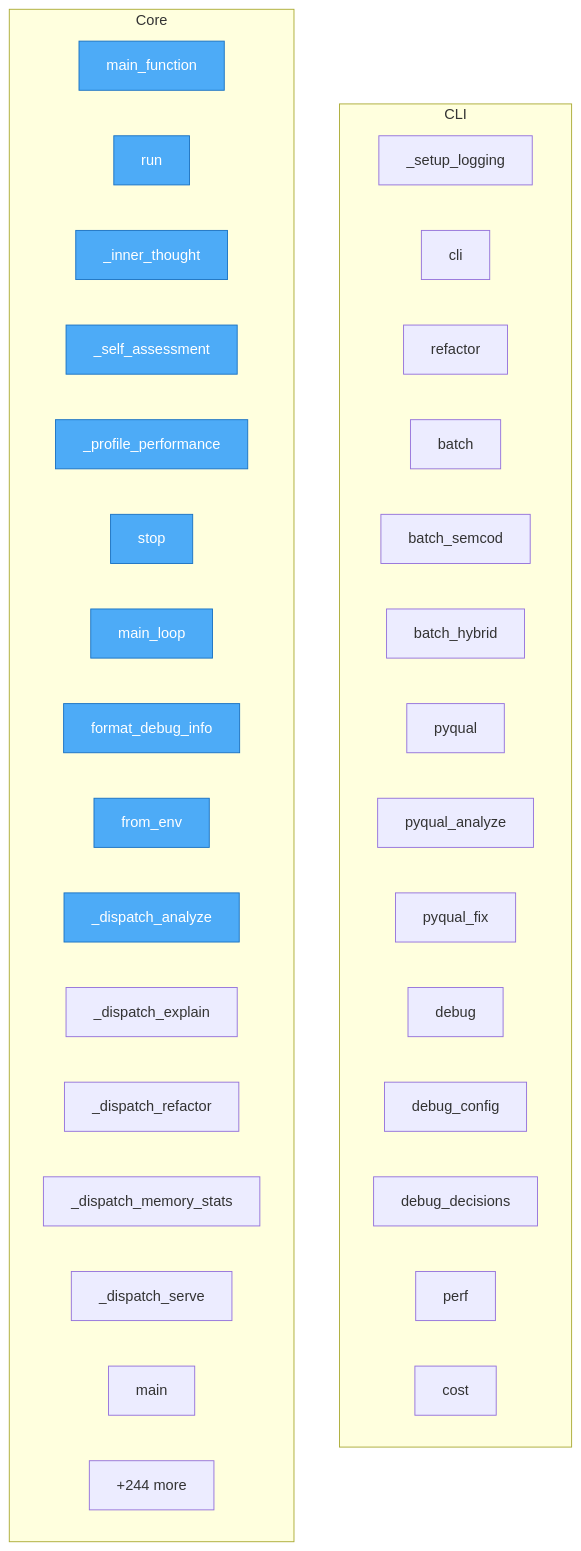
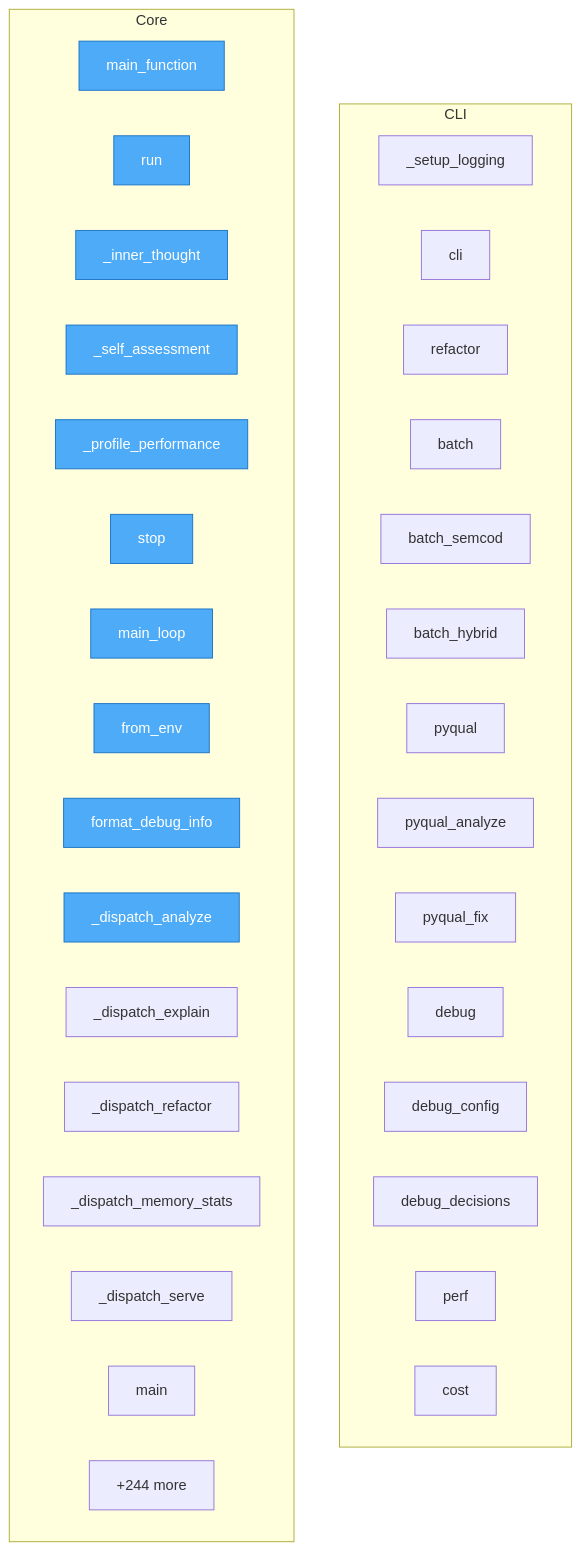
The diagram in project/flow.mmd (wronai/redsl), drawn with Mermaid before and after one commit. The commit also changed 24 other files, not shown here.

```diff
--- a/project/flow.mmd
+++ b/project/flow.mmd
@@ -1,42 +1,42 @@
 flowchart TD
 
     %% Entry points (blue)
     classDef entry fill:#4dabf7,stroke:#1971c2,color:#fff
 
     subgraph CLI
         redsl__cli___setup_logging["_setup_logging"]
         redsl__cli__cli["cli"]
         redsl__cli__refactor["refactor"]
         redsl__cli__batch["batch"]
         redsl__cli__batch_semcod["batch_semcod"]
         redsl__cli__batch_hybrid["batch_hybrid"]
         redsl__cli__pyqual["pyqual"]
         redsl__cli__pyqual_analyze["pyqual_analyze"]
         redsl__cli__pyqual_fix["pyqual_fix"]
         redsl__cli__debug["debug"]
         redsl__cli__debug_config["debug_config"]
         redsl__cli__debug_decisions["debug_decisions"]
         redsl__cli__perf["perf"]
         redsl__cli__cost["cost"]
     end
 
     subgraph Core
         refactor_output__refactor_extract_functions_20260407_143102__00_app__models__main_function["main_function"]
         redsl__consciousness_loop__ConsciousnessLoop__run["run"]
         redsl__consciousness_loop__ConsciousnessLoop___inner_thought["_inner_thought"]
         redsl__consciousness_loop__ConsciousnessLoop___self_assessment["_self_assessment"]
         redsl__consciousness_loop__ConsciousnessLoop___profile_performance["_profile_performance"]
         redsl__consciousness_loop__ConsciousnessLoop__stop["stop"]
         redsl__consciousness_loop__main_loop["main_loop"]
+        redsl__config__AgentConfig__from_env["from_env"]
         redsl__formatters__format_debug_info["format_debug_info"]
-        redsl__config__AgentConfig__from_env["from_env"]
         redsl__main___dispatch_analyze["_dispatch_analyze"]
         redsl__main___dispatch_explain["_dispatch_explain"]
         redsl__main___dispatch_refactor["_dispatch_refactor"]
         redsl__main___dispatch_memory_stats["_dispatch_memory_stats"]
         redsl__main___dispatch_serve["_dispatch_serve"]
         redsl__main__main["main"]
         ...["+244 more"]
     end
 
-    class refactor_output__refactor_extract_functions_20260407_143102__00_app__models__main_function,redsl__consciousness_loop__ConsciousnessLoop__run,redsl__consciousness_loop__ConsciousnessLoop___inner_thought,redsl__consciousness_loop__ConsciousnessLoop___self_assessment,redsl__consciousness_loop__ConsciousnessLoop___profile_performance,redsl__consciousness_loop__ConsciousnessLoop__stop,redsl__consciousness_loop__main_loop,redsl__formatters__format_debug_info,redsl__config__AgentConfig__from_env,redsl__main___dispatch_analyze entry
+    class refactor_output__refactor_extract_functions_20260407_143102__00_app__models__main_function,redsl__consciousness_loop__ConsciousnessLoop__run,redsl__consciousness_loop__ConsciousnessLoop___inner_thought,redsl__consciousness_loop__ConsciousnessLoop___self_assessment,redsl__consciousness_loop__ConsciousnessLoop___profile_performance,redsl__consciousness_loop__ConsciousnessLoop__stop,redsl__consciousness_loop__main_loop,redsl__config__AgentConfig__from_env,redsl__formatters__format_debug_info,redsl__main___dispatch_analyze entry
```
